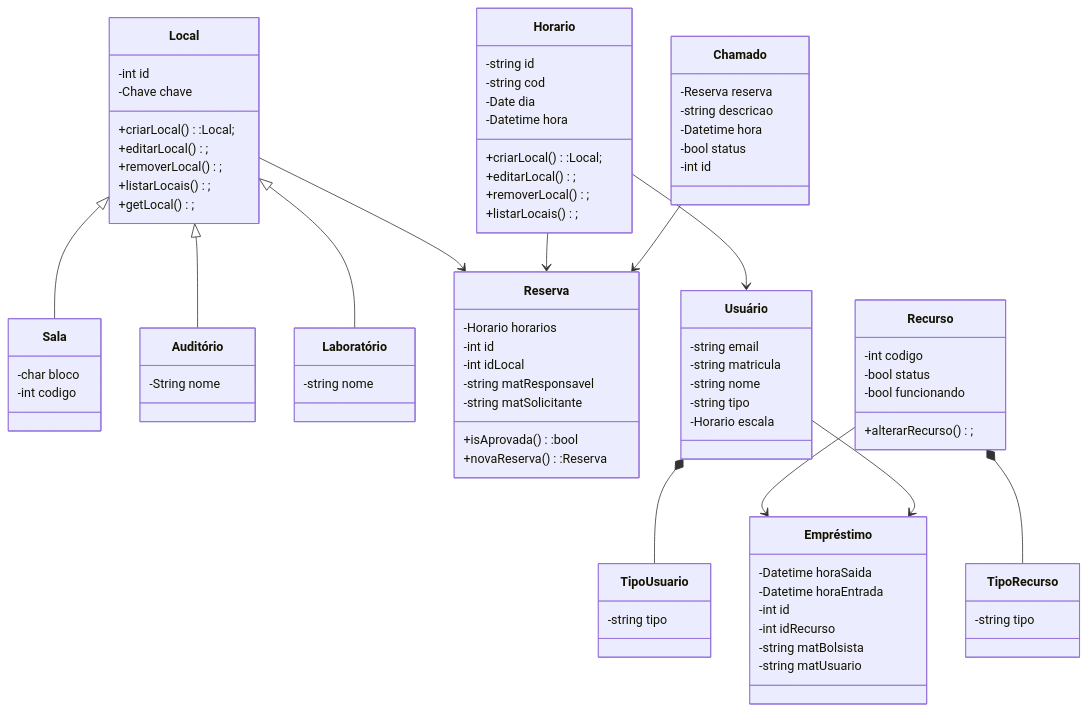
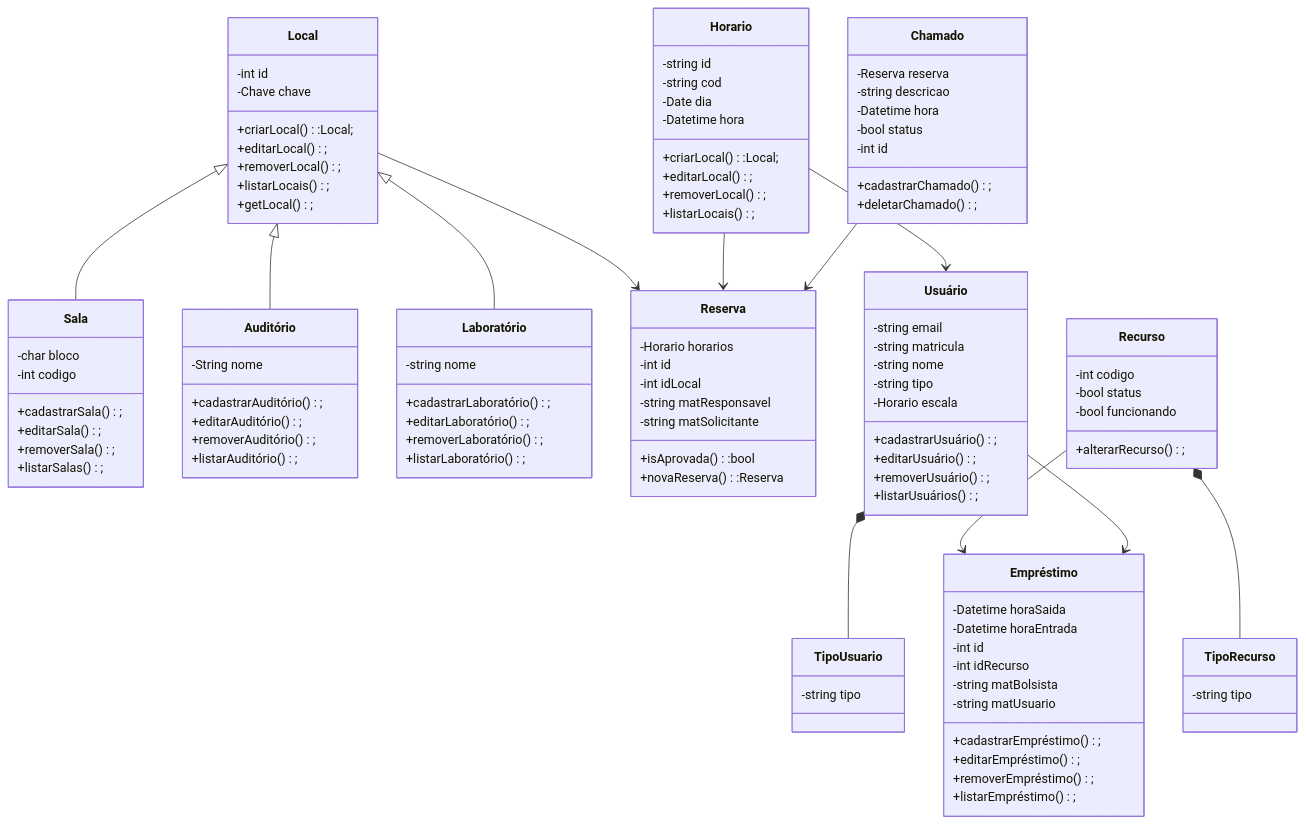
The diagram in docs/diagramadeclasse.md (tgo-mas/SIGApoio), drawn with Mermaid before and after one commit.

Commit message:
Adição dos métodos CRUD nas classes

```diff
--- a/docs/diagramadeclasse.md
+++ b/docs/diagramadeclasse.md
@@ -59,12 +59,24 @@
     class Sala{
         -char bloco
         -int codigo
+        +cadastrarSala();
+        +editarSala();
+        +removerSala();
+        +listarSalas();
     }
     class Auditório{
         -String nome
+        +cadastrarAuditório();
+        +editarAuditório();
+        +removerAuditório();
+        +listarAuditório();
     }
     class Laboratório{
         -string nome
+        +cadastrarLaboratório();
+        +editarLaboratório();
+        +removerLaboratório();
+        +listarLaboratório();
     }
     class Recurso{
         -int codigo
@@ -81,7 +93,10 @@
         -string nome
         -string tipo
         -Horario escala
-
+        +cadastrarUsuário();
+        +editarUsuário();
+        +removerUsuário();
+        +listarUsuários();
     }
     class TipoUsuario{
         -string tipo
@@ -93,6 +108,10 @@
         -int idRecurso
         -string matBolsista
         -string matUsuario
+        +cadastrarEmpréstimo();
+        +editarEmpréstimo();
+        +removerEmpréstimo();
+        +listarEmpréstimo();
     }
     class Chamado{
         -Reserva reserva
@@ -100,5 +119,7 @@
         -Datetime hora
         -bool status
         -int id
+        +cadastrarChamado();
+        +deletarChamado();
     }
 ~~~
```
